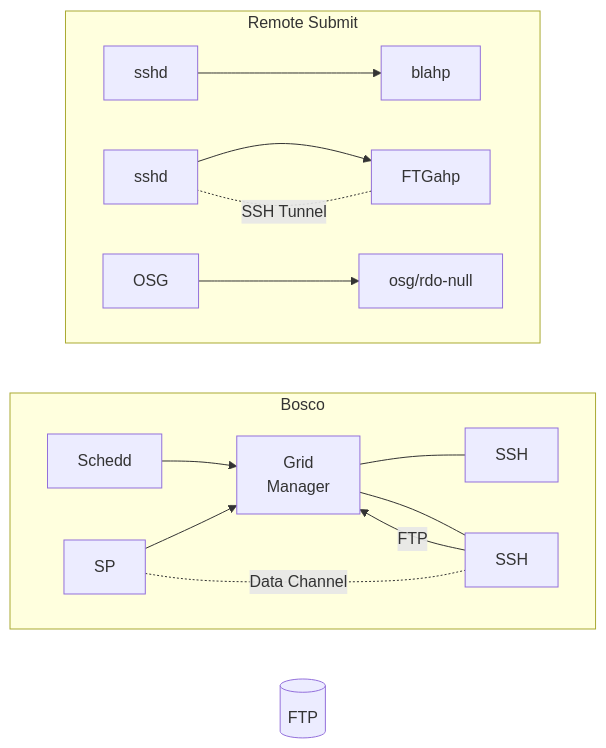
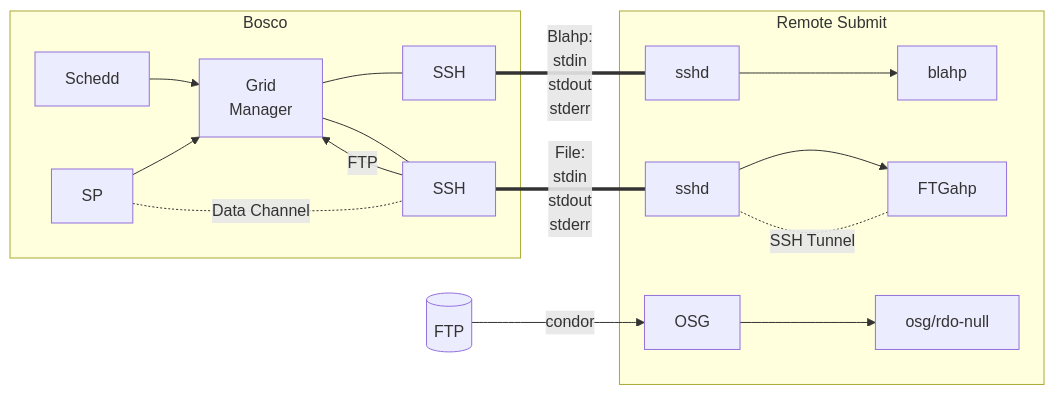
The diagram in Bosco_Diagram.md (rc-jacob/htcondor-ce), drawn with Mermaid before and after one commit.

Commit message:
Connect subgraphs through their interior nodes and label links between them

````diff
--- a/Bosco_Diagram.md
+++ b/Bosco_Diagram.md
@@ -3,20 +3,20 @@
 ```mermaid
 flowchart LR
 	subgraph Bosco
-		direction LR
 		1[Schedd] --> 2[Grid</br>Manager]
 		3[SP] --> 2
 		2 --- 4[SSH]
-    2 --- 5[SSH]
+		2 --- 5[SSH]
 		5 --> |FTP|2
 		3 -. Data Channel .- 5
 	end
 	subgraph Remote Submit
-		direction LR
 		a[sshd] --> b[blahp]
 		c[sshd] --> d[FTGahp]
 		d -. SSH Tunnel .- c
 		e[OSG] --> f[osg/rdo-null]
 	end
-id1[(FTP)]
+id1[(FTP)] --> |condor|e
+4 ===|Blahp:</br>stdin</br>stdout</br>stderr| a
+5 ===|File:</br>stdin</br>stdout</br>stderr| c
 ```
````
